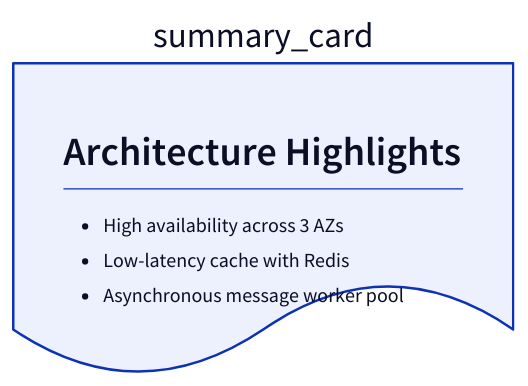
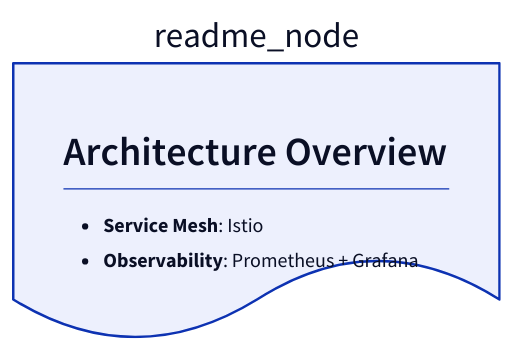
The sixth of 8 diagrams in skills/d2-diagrams/references/syntax-guide.md (sickn33/agentic-awesome-skills), drawn with D2 before and after one commit. The commit also changed other lines of this file and 3 other files, not shown here.

Commit message:
fix(d2-diagrams): resolve container scoping, add limitations, and rewrite validator with unit tests

````diff
--- a/skills/d2-diagrams/references/syntax-guide.md
+++ b/skills/d2-diagrams/references/syntax-guide.md
@@ -175,11 +163,10 @@
 ```d2
-summary_card: {
+readme_node: {
   shape: document
-  description: |md
-    # Architecture Highlights
-    - High availability across 3 AZs
-    - Low-latency cache with Redis
-    - Asynchronous message worker pool
+  content: |md
+    # Architecture Overview
+    - **Service Mesh**: Istio
+    - **Observability**: Prometheus + Grafana
   |
 }
 ```
````
